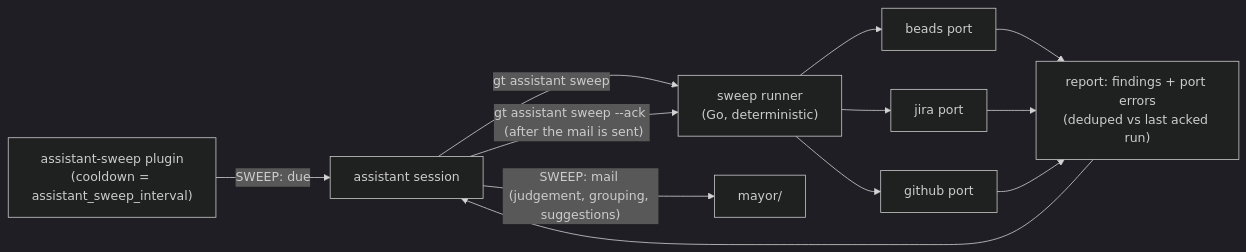
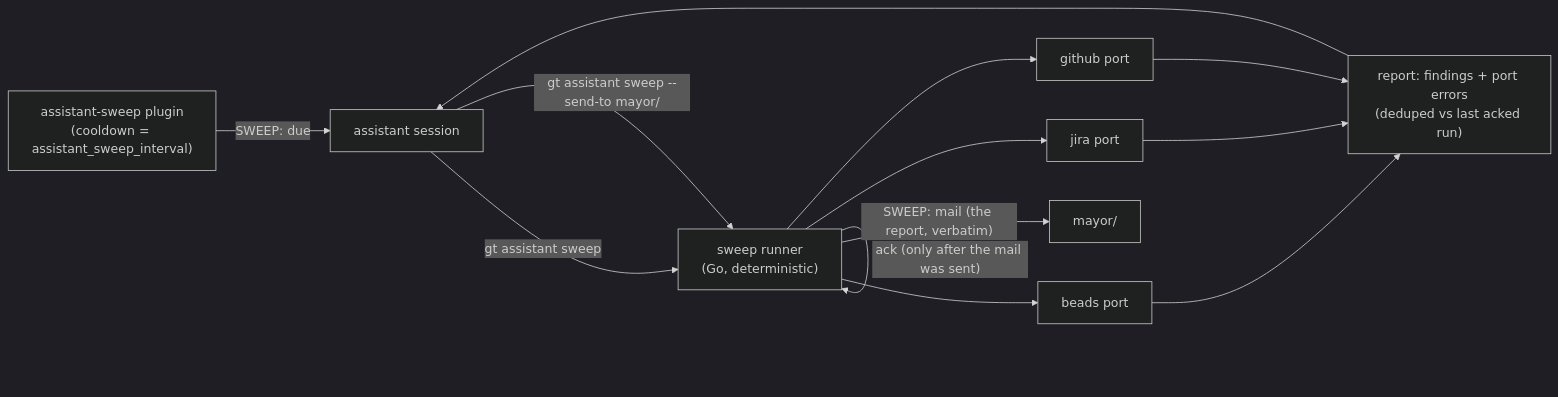
The third of 3 diagrams in docs/design/assistant-role.md (Phaware-Global/gastown), drawn with Mermaid (dark theme) before and after one commit. The commit also changed other lines of this file and 14 other files, not shown here.

First line of the commit message:
feat(assistant): sweep --send-to and assistant.sweep.mode (deterministic | inference) (#322)

````diff
--- a/docs/design/assistant-role.md
+++ b/docs/design/assistant-role.md
@@ -405,14 +405,15 @@
 ```mermaid
 flowchart LR
     TRIG["assistant-sweep plugin<br/>(cooldown = assistant_sweep_interval)"] -- "SWEEP: due" --> A
     A["assistant session"] -- "gt assistant sweep" --> S["sweep runner<br/>(Go, deterministic)"]
     S --> B["beads port"]
     S --> J["jira port"]
     S --> G["github port"]
     B --> R["report: findings + port errors<br/>(deduped vs last acked run)"]
     J --> R
     G --> R
     R --> A
-    A -- "SWEEP: mail (judgement, grouping, suggestions)" --> M["mayor/"]
-    A -- "gt assistant sweep --ack <run-id> (after the mail is sent)" --> S
+    A -- "gt assistant sweep --send-to mayor/" --> S
+    S -- "SWEEP: mail (the report, verbatim)" --> M["mayor/"]
+    S -- "ack (only after the mail was sent)" --> S
 ```
````
